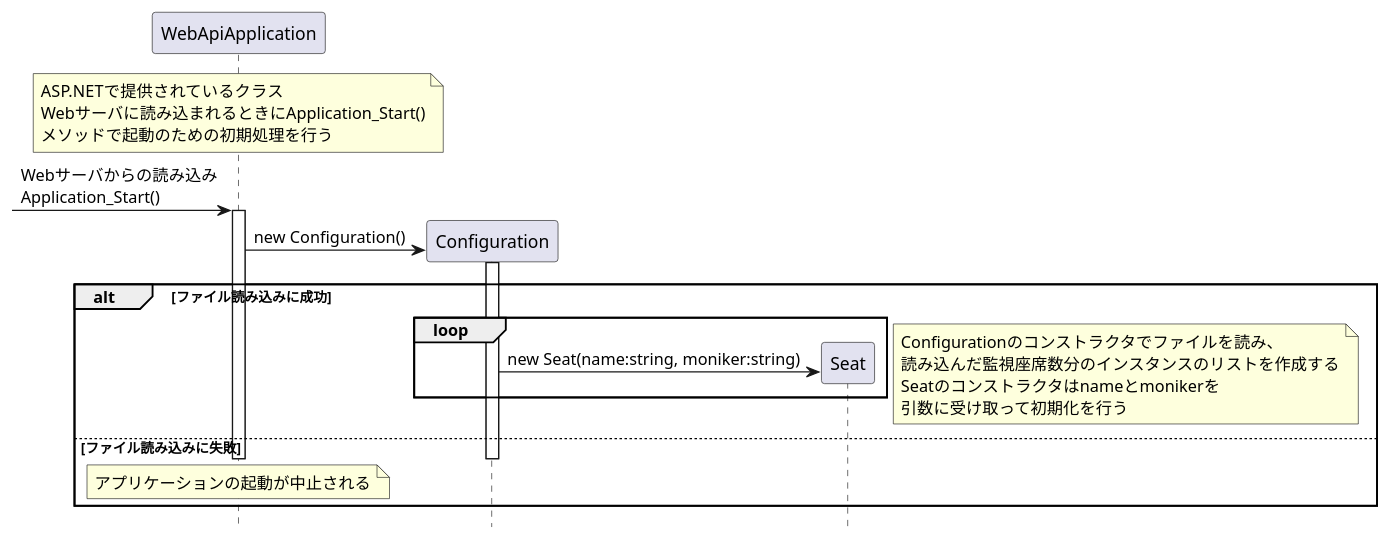
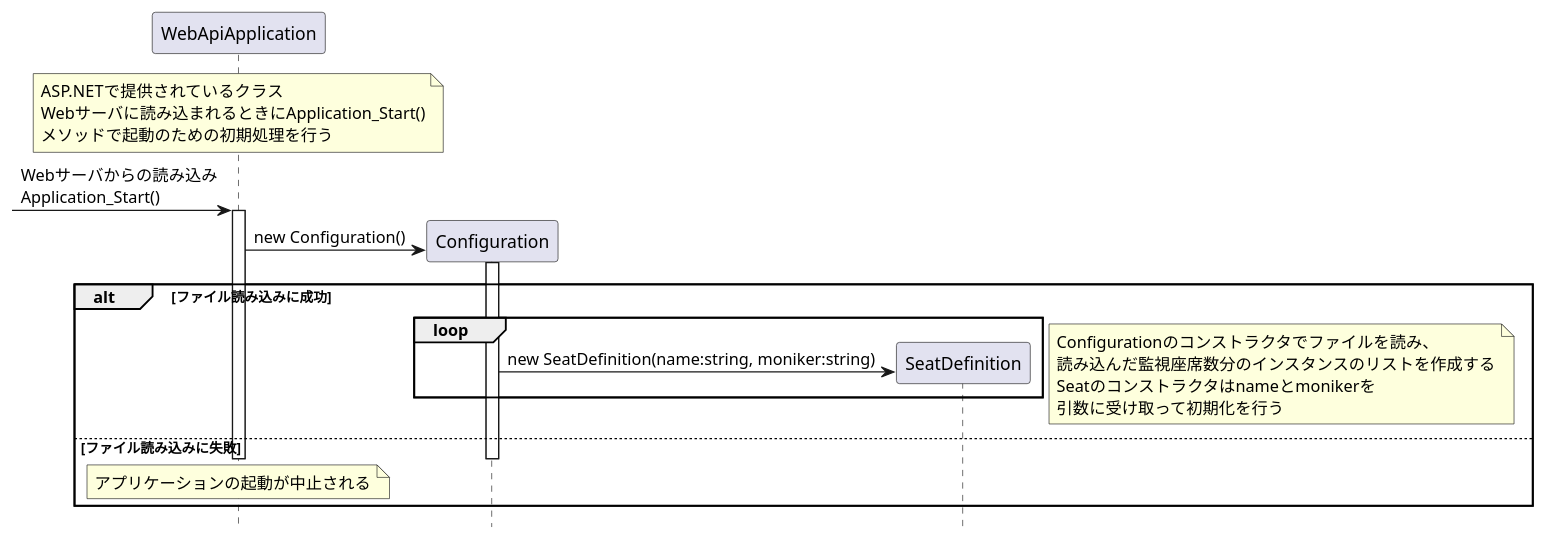
Before and after one commit to KeisukeSugita/Seat-monitoring-system: the diagram in doc/詳細設計/構成図(.pu)/SeatMonitoringAPI起動シーケンス図.pu, drawn with PlantUML. The commit also changed 1 other file, not shown here.

```diff
--- a/doc/詳細設計/構成図(.pu)/SeatMonitoringAPI起動シーケンス図.pu
+++ b/doc/詳細設計/構成図(.pu)/SeatMonitoringAPI起動シーケンス図.pu
@@ -1,40 +1,40 @@
 @startuml SeatMonitoringAPI起動シーケンス図
 hide footbox
 
 participant "WebApiApplication" as WebApiApplication
 participant "Configuration" as Configuration
-participant "Seat" as Seat
+participant "SeatDefinition" as SeatDefinition
 
 note over WebApiApplication
 	ASP.NETで提供されているクラス
 	Webサーバに読み込まれるときにApplication_Start()
 	メソッドで起動のための初期処理を行う
 end note
 -> WebApiApplication :Webサーバからの読み込み\nApplication_Start()
 activate WebApiApplication
 
 create Configuration
 WebApiApplication -> Configuration : new Configuration()
 activate Configuration
 
 alt ファイル読み込みに成功
 	loop
-		create Seat
-		Configuration -> Seat :new Seat(name:string, moniker:string)
+		create SeatDefinition
+		Configuration -> SeatDefinition :new SeatDefinition(name:string, moniker:string)
 	end
 	note right
 		Configurationのコンストラクタでファイルを読み、
 		読み込んだ監視座席数分のインスタンスのリストを作成する
 		Seatのコンストラクタはnameとmonikerを
 		引数に受け取って初期化を行う
 	end note
 |||
 else ファイル読み込みに失敗
 	deactivate Configuration
 	deactivate WebApiApplication
 	note over WebApiApplication
 		アプリケーションの起動が中止される
 	end note
 end
 
 @enduml
```
